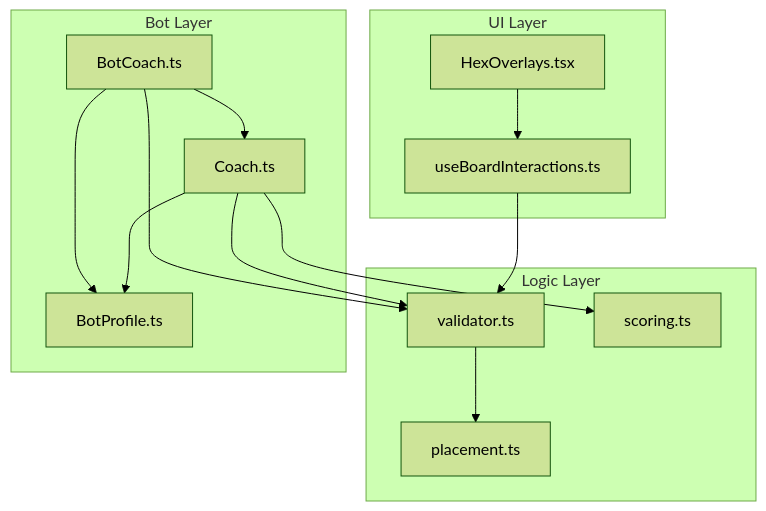
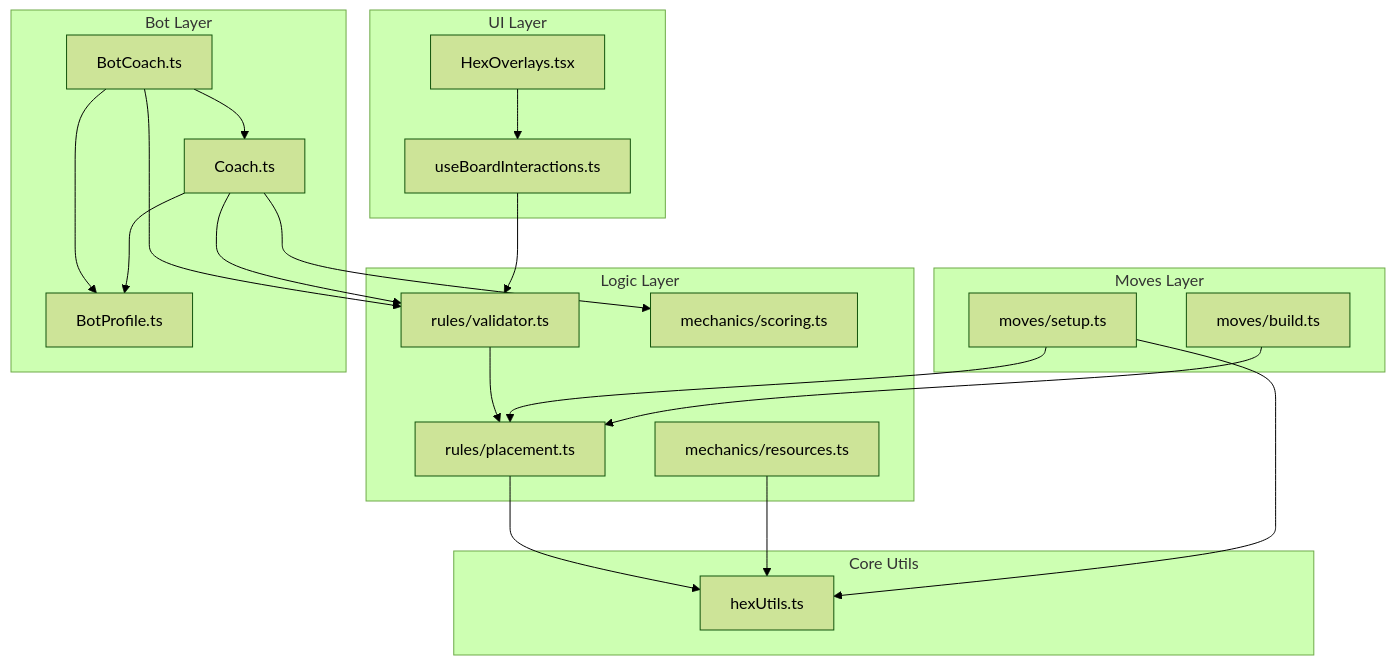
One commit to g1ddy/catan-hex-mastery changed the diagram in REFACTOR_PLAN.md. Above: the diagram before and after it, drawn with Mermaid (forest theme). The commit also changed other lines of this file and 5 other files, not shown here.

````diff
--- a/REFACTOR_PLAN.md
+++ b/REFACTOR_PLAN.md
@@ -102,31 +128,46 @@
 ```mermaid
 graph TD
     subgraph UI Layer
         HO[HexOverlays.tsx]
         UBI[useBoardInteractions.ts]
     end
 
+    subgraph Moves Layer
+        Setup[moves/setup.ts]
+        Build[moves/build.ts]
+    end
+
     subgraph Logic Layer
-        V[validator.ts]
-        P[placement.ts]
-        S[scoring.ts]
+        V[rules/validator.ts]
+        P[rules/placement.ts]
+        S[mechanics/scoring.ts]
+        R[mechanics/resources.ts]
     end
 
     subgraph Bot Layer
         BC[BotCoach.ts]
         C[Coach.ts]
         BP[BotProfile.ts]
     end
 
+    subgraph Core Utils
+        HU[hexUtils.ts]
+    end
+
     HO --> UBI
     UBI --> V
     V --> P
+    P --> HU
+    R --> HU
+    Setup --> P
+    Setup --> HU
+    Build --> P
 
     BC --> C
     BC --> V
     BC --> BP
 
     C --> V
     C --> S
     C --> BP
 ```
````
